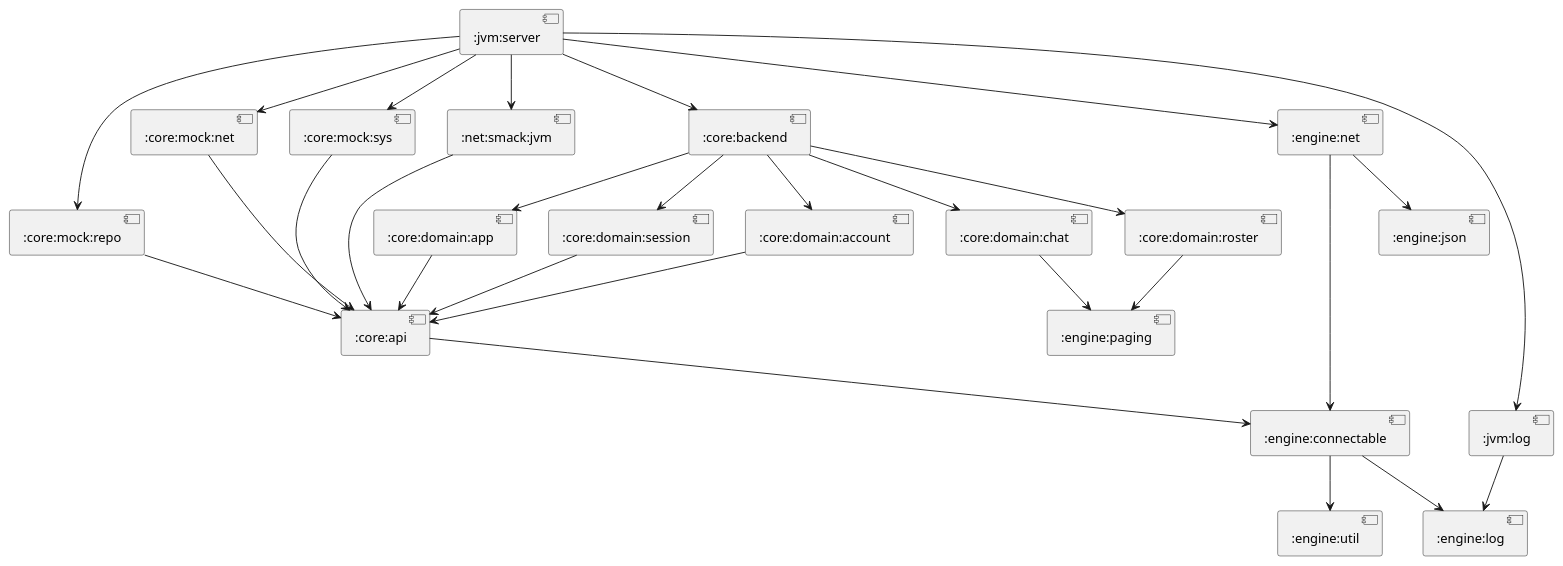
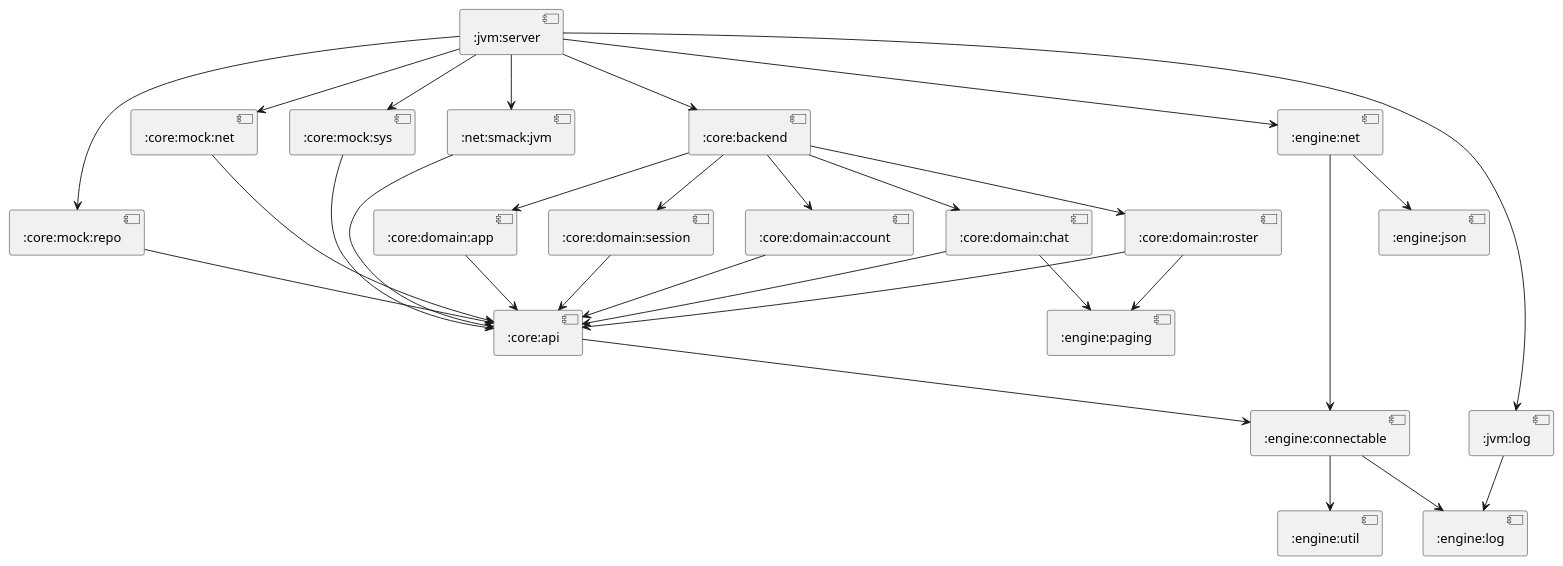
One commit to cryptopunkscc/crypton changed the diagram in docs/modules/puml/:jvm:server.puml. Above: the diagram before and after it, drawn with PlantUML. The commit also changed 6 other files, not shown here.

```diff
--- a/docs/modules/puml/:jvm:server.puml
+++ b/docs/modules/puml/:jvm:server.puml
@@ -1,29 +1,31 @@
 @startuml
 [:core:mock:repo] --> [:core:api]
 [:core:mock:net] --> [:core:api]
 [:core:mock:sys] --> [:core:api]
 [:net:smack:jvm] --> [:core:api]
 [:core:backend] --> [:core:domain:app]
 [:core:backend] --> [:core:domain:session]
 [:core:backend] --> [:core:domain:account]
 [:core:backend] --> [:core:domain:chat]
 [:core:backend] --> [:core:domain:roster]
 [:engine:net] --> [:engine:connectable]
 [:engine:net] --> [:engine:json]
 [:jvm:log] --> [:engine:log]
 [:core:api] --> [:engine:connectable]
 [:engine:connectable] --> [:engine:util]
 [:engine:connectable] --> [:engine:log]
 [:core:domain:app] --> [:core:api]
 [:core:domain:session] --> [:core:api]
 [:core:domain:account] --> [:core:api]
 [:core:domain:chat] --> [:engine:paging]
+[:core:domain:chat] --> [:core:api]
 [:core:domain:roster] --> [:engine:paging]
+[:core:domain:roster] --> [:core:api]
 [:jvm:server] --> [:core:mock:repo]
 [:jvm:server] --> [:core:mock:net]
 [:jvm:server] --> [:core:mock:sys]
 [:jvm:server] --> [:net:smack:jvm]
 [:jvm:server] --> [:core:backend]
 [:jvm:server] --> [:engine:net]
 [:jvm:server] --> [:jvm:log]
 @enduml
```
